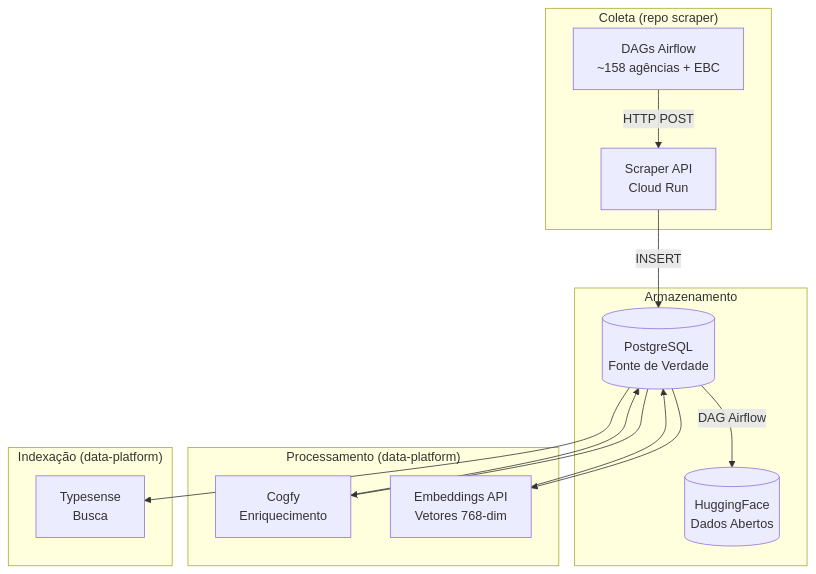
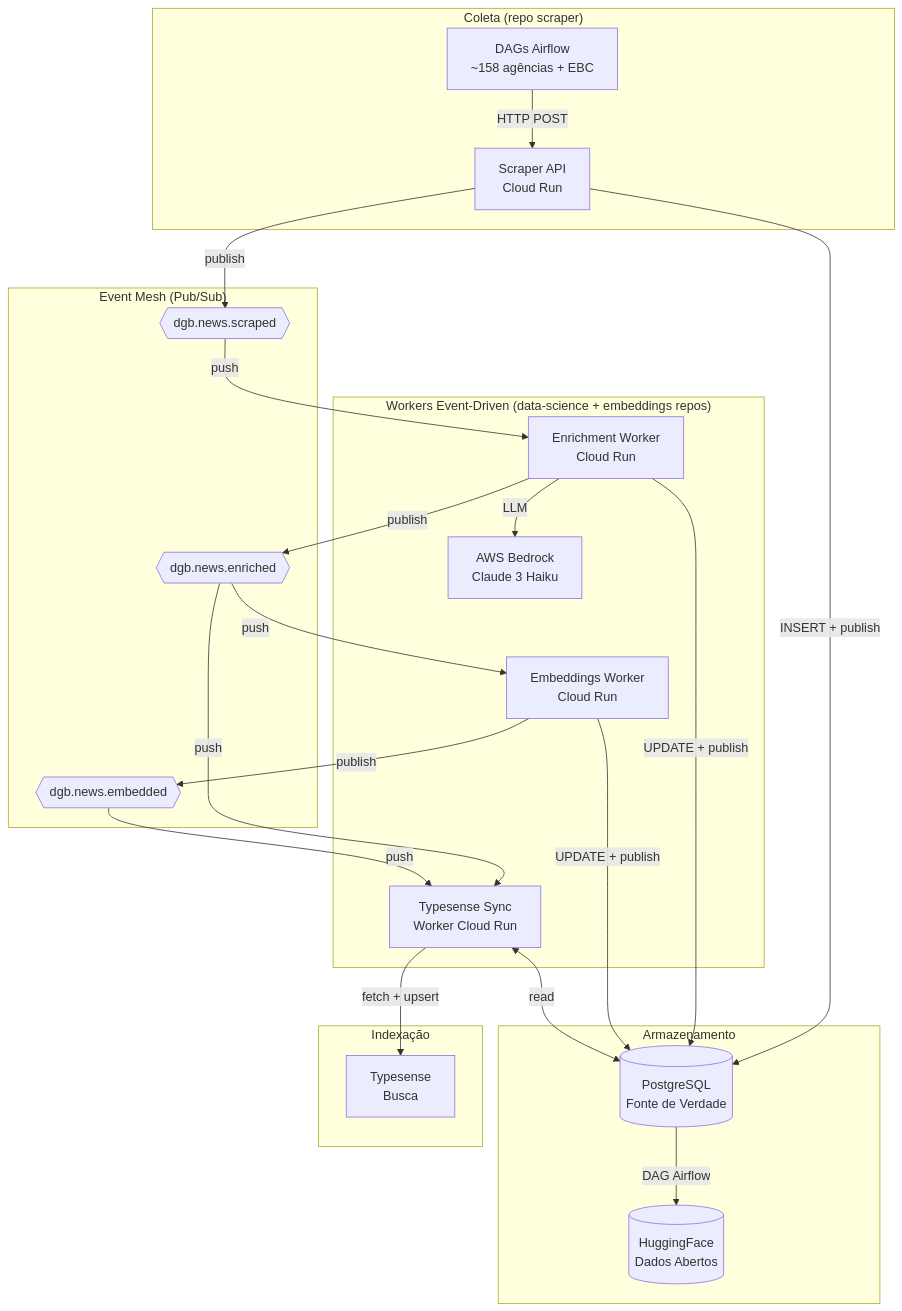
The diagram in docs/modulos/data-platform.md (destaquesgovbr/docs), drawn with Mermaid before and after one commit. The commit also changed other lines of this file and 3 other files, not shown here.

First line of the commit message:
docs: atualiza diagramas removendo Cogfy e refletindo arquitetura event-driven

````diff
--- a/docs/modulos/data-platform.md
+++ b/docs/modulos/data-platform.md
@@ -19,30 +21,45 @@
 ```mermaid
 graph TB
     subgraph "Coleta (repo scraper)"
         S[Scraper API<br/>Cloud Run]
         DAG_S[DAGs Airflow<br/>~158 agências + EBC]
     end
 
+    subgraph "Event Mesh (Pub/Sub)"
+        PS1{{dgb.news.scraped}}
+        PS2{{dgb.news.enriched}}
+        PS3{{dgb.news.embedded}}
+    end
+
     subgraph "Armazenamento"
         PG[(PostgreSQL<br/>Fonte de Verdade)]
         HF[(HuggingFace<br/>Dados Abertos)]
     end
 
-    subgraph "Processamento (data-platform)"
-        COG[Cogfy<br/>Enriquecimento]
-        EMB[Embeddings API<br/>Vetores 768-dim]
+    subgraph "Workers Event-Driven (data-science + embeddings repos)"
+        EW[Enrichment Worker<br/>Cloud Run]
+        BEDROCK[AWS Bedrock<br/>Claude 3 Haiku]
+        EAPI[Embeddings Worker<br/>Cloud Run]
+        TSW[Typesense Sync<br/>Worker Cloud Run]
     end
 
-    subgraph "Indexação (data-platform)"
+    subgraph "Indexação"
         TS[Typesense<br/>Busca]
     end
 
     DAG_S -->|HTTP POST| S
-    S -->|INSERT| PG
-    PG --> COG
-    COG --> PG
-    PG --> EMB
-    EMB --> PG
-    PG --> TS
+    S -->|INSERT + publish| PG
+    S -->|publish| PS1
+    PS1 -->|push| EW
+    EW -->|LLM| BEDROCK
+    EW -->|UPDATE + publish| PG
+    EW -->|publish| PS2
+    PS2 -->|push| EAPI
+    EAPI -->|UPDATE + publish| PG
+    EAPI -->|publish| PS3
+    PS2 -->|push| TSW
+    PS3 -->|push| TSW
+    TSW -->|fetch + upsert| TS
+    TSW <-->|read| PG
     PG -->|DAG Airflow| HF
 ```
````
